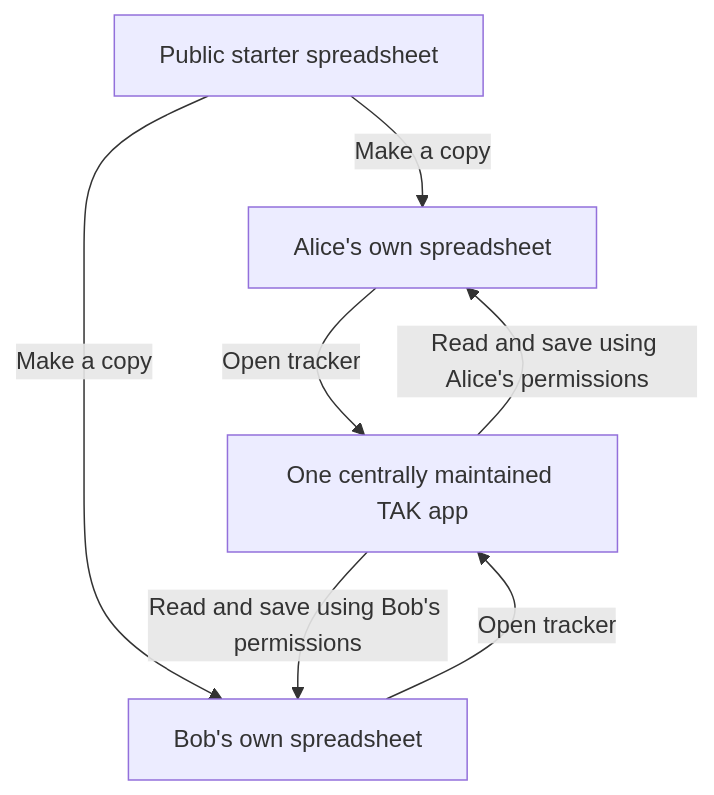
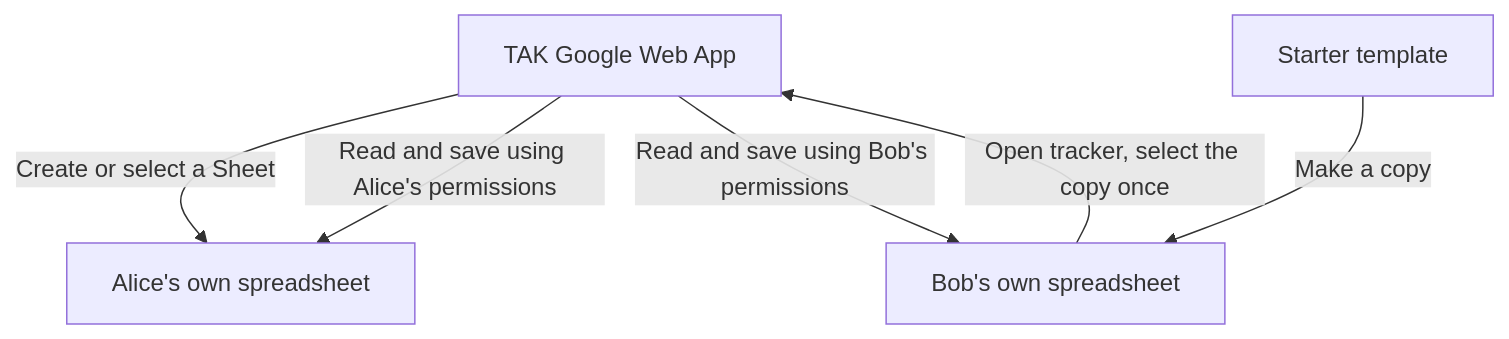
Before and after one commit to martingrossman/TAK: the first of 2 diagrams in readme.md, drawn with Mermaid. The commit also changed other lines of this file, not shown here.

First line of the commit message:
README: describe the web app, starter template, Roadmap and release flow as they are now

````diff
--- a/readme.md
+++ b/readme.md
@@ -71,9 +73,8 @@
 ```mermaid
 flowchart TD
-    template["Public starter spreadsheet"] -->|Make a copy| alice["Alice's own spreadsheet"]
-    template -->|Make a copy| bob["Bob's own spreadsheet"]
-    alice -->|Open tracker| app["One centrally maintained TAK app"]
-    bob -->|Open tracker| app
+    app["TAK Google Web App"] -->|Create or select a Sheet| alice["Alice's own spreadsheet"]
+    template["Starter template"] -->|Make a copy| bob["Bob's own spreadsheet"]
+    bob -->|"Open tracker, select the copy once"| app
     app -->|"Read and save using Alice's permissions"| alice
     app -->|"Read and save using Bob's permissions"| bob
 ```
````
